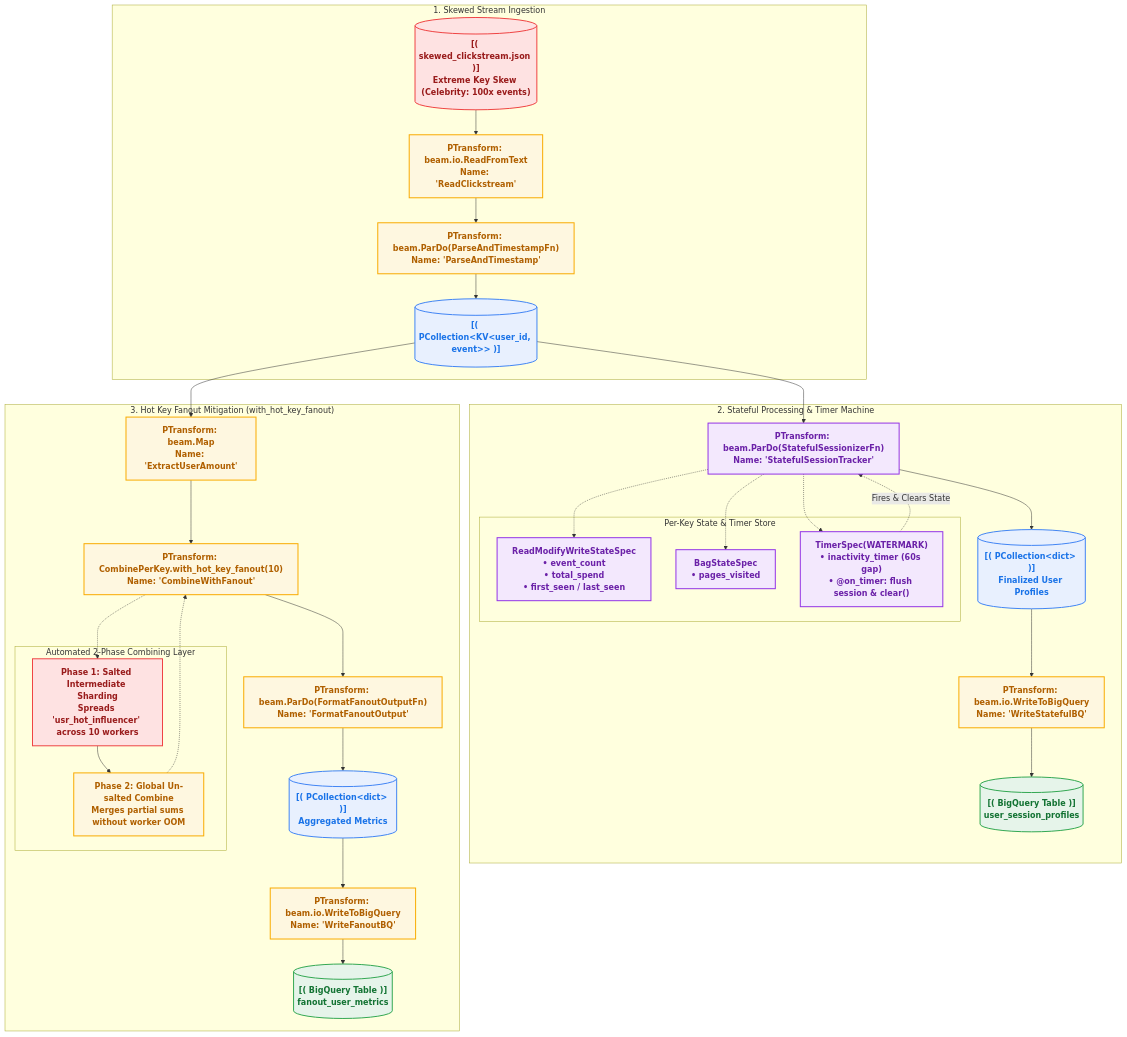
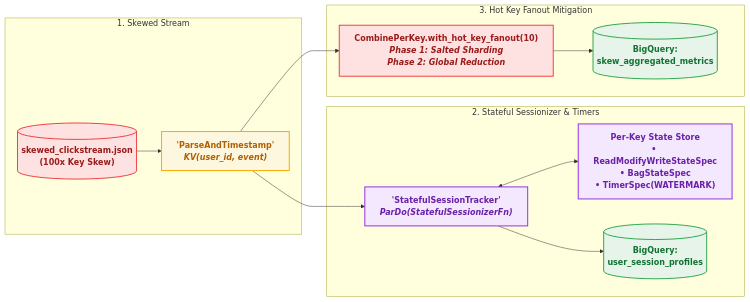
The diagram in 04_stateful_processing_and_hotkeys/README.md (EilinLux/dataflow-workshops), drawn with Mermaid before and after one commit. The commit also changed 30 other files, not shown here.

Commit message:
docs: redraw and pack all mermaid diagrams into compact horizontal layouts

````diff
--- a/04_stateful_processing_and_hotkeys/README.md
+++ b/04_stateful_processing_and_hotkeys/README.md
@@ -28,65 +28,31 @@
 ```mermaid
-flowchart TD
+flowchart LR
     classDef pcoll fill:#e8f0fe,stroke:#4285f4,stroke-width:2px,color:#1a73e8,font-weight:bold;
     classDef ptrans fill:#fef7e0,stroke:#f9ab00,stroke-width:2px,color:#b06000,font-weight:bold;
     classDef sink fill:#e6f4ea,stroke:#34a853,stroke-width:2px,color:#137333,font-weight:bold;
     classDef state fill:#f3e8fd,stroke:#9334e6,stroke-width:2px,color:#6b21a8,font-weight:bold;
     classDef hotkey fill:#fee2e2,stroke:#ef4444,stroke-width:2px,color:#991b1b,font-weight:bold;
 
-    subgraph Ingestion["1. Skewed Stream Ingestion"]
-        INPUT_DATA[("[( skewed_clickstream.json )]<br/>Extreme Key Skew (Celebrity: 100x events)")]:::hotkey
-        T_READ["PTransform: beam.io.ReadFromText<br/>Name: 'ReadClickstream'"]:::ptrans
-        T_PARSE["PTransform: beam.ParDo(ParseAndTimestampFn)<br/>Name: 'ParseAndTimestamp'"]:::ptrans
-        PC_EVENTS[("[( PCollection&lt;KV&lt;user_id, event&gt;&gt; )]")]:::pcoll
+    subgraph Ingest["1. Skewed Stream"]
+        SKEW_DATA[("skewed_clickstream.json<br/>(100x Key Skew)")]:::hotkey
+        PARSE["'ParseAndTimestamp'<br/><i>KV(user_id, event)</i>"]:::ptrans
+        SKEW_DATA --> PARSE
     end
 
-    subgraph StatefulEngine["2. Stateful Processing & Timer Machine"]
-        T_STATEFUL["PTransform: beam.ParDo(StatefulSessionizerFn)<br/>Name: 'StatefulSessionTracker'"]:::state
-        subgraph InternalState["Per-Key State & Timer Store"]
-            STATE_SCALAR["ReadModifyWriteStateSpec<br/>• event_count<br/>• total_spend<br/>• first_seen / last_seen"]:::state
-            STATE_BAG["BagStateSpec<br/>• pages_visited"]:::state
-            TIMER_INACT["TimerSpec(WATERMARK)<br/>• inactivity_timer (60s gap)<br/>• @on_timer: flush session & clear()"]:::state
-        end
-        PC_SESSIONS[("[( PCollection&lt;dict&gt; )]<br/>Finalized User Profiles")]:::pcoll
-        T_BQ_STATE["PTransform: beam.io.WriteToBigQuery<br/>Name: 'WriteStatefulBQ'"]:::ptrans
-        BQ_SESSIONS[("[( BigQuery Table )]<br/>user_session_profiles")]:::sink
+    subgraph StatefulEngine["2. Stateful Sessionizer & Timers"]
+        STATE_DOFN["'StatefulSessionTracker'<br/><i>ParDo(StatefulSessionizerFn)</i>"]:::state
+        STORE["Per-Key State Store<br/>• ReadModifyWriteStateSpec<br/>• BagStateSpec<br/>• TimerSpec(WATERMARK)"]:::state
+        BQ_STATE[("BigQuery:<br/>user_session_profiles")]:::sink
+        STATE_DOFN <--> STORE
+        STATE_DOFN --> BQ_STATE
     end
 
-    subgraph FanoutEngine["3. Hot Key Fanout Mitigation (with_hot_key_fanout)"]
-        T_EXTRACT["PTransform: beam.Map<br/>Name: 'ExtractUserAmount'"]:::ptrans
-        T_FANOUT["PTransform: CombinePerKey.with_hot_key_fanout(10)<br/>Name: 'CombineWithFanout'"]:::ptrans
-        
-        subgraph TwoPhaseCombine["Automated 2-Phase Combining Layer"]
-            SHARD_PHASE["Phase 1: Salted Intermediate Sharding<br/>Spreads 'usr_hot_influencer' across 10 workers"]:::hotkey
-            MERGE_PHASE["Phase 2: Global Un-salted Combine<br/>Merges partial sums without worker OOM"]:::ptrans
-        end
-        
-        T_FMT_FAN["PTransform: beam.ParDo(FormatFanoutOutputFn)<br/>Name: 'FormatFanoutOutput'"]:::ptrans
-        PC_FANOUT[("[( PCollection&lt;dict&gt; )]<br/>Aggregated Metrics")]:::pcoll
-        T_BQ_FAN["PTransform: beam.io.WriteToBigQuery<br/>Name: 'WriteFanoutBQ'"]:::ptrans
-        BQ_FANOUT[("[( BigQuery Table )]<br/>fanout_user_metrics")]:::sink
+    subgraph FanoutEngine["3. Hot Key Fanout Mitigation"]
+        FANOUT["CombinePerKey.with_hot_key_fanout(10)<br/><i>Phase 1: Salted Sharding</i><br/><i>Phase 2: Global Reduction</i>"]:::hotkey
+        BQ_FANOUT[("BigQuery:<br/>skew_aggregated_metrics")]:::sink
+        FANOUT --> BQ_FANOUT
     end
 
-    INPUT_DATA --> T_READ
-    T_READ --> T_PARSE
-    T_PARSE --> PC_EVENTS
-
-    PC_EVENTS --> T_STATEFUL
-    T_STATEFUL -.-> STATE_SCALAR
-    T_STATEFUL -.-> STATE_BAG
-    T_STATEFUL -.-> TIMER_INACT
-    TIMER_INACT -. "Fires & Clears State" .-> T_STATEFUL
-    T_STATEFUL --> PC_SESSIONS
-    PC_SESSIONS --> T_BQ_STATE
-    T_BQ_STATE --> BQ_SESSIONS
-
-    PC_EVENTS --> T_EXTRACT
-    T_EXTRACT --> T_FANOUT
-    T_FANOUT -.-> SHARD_PHASE
-    SHARD_PHASE --> MERGE_PHASE
-    MERGE_PHASE -.-> T_FANOUT
-    T_FANOUT --> T_FMT_FAN
-    T_FMT_FAN --> PC_FANOUT
-    PC_FANOUT --> T_BQ_FAN
-    T_BQ_FAN --> BQ_FANOUT
+    PARSE --> STATE_DOFN
+    PARSE --> FANOUT
 ```
````
